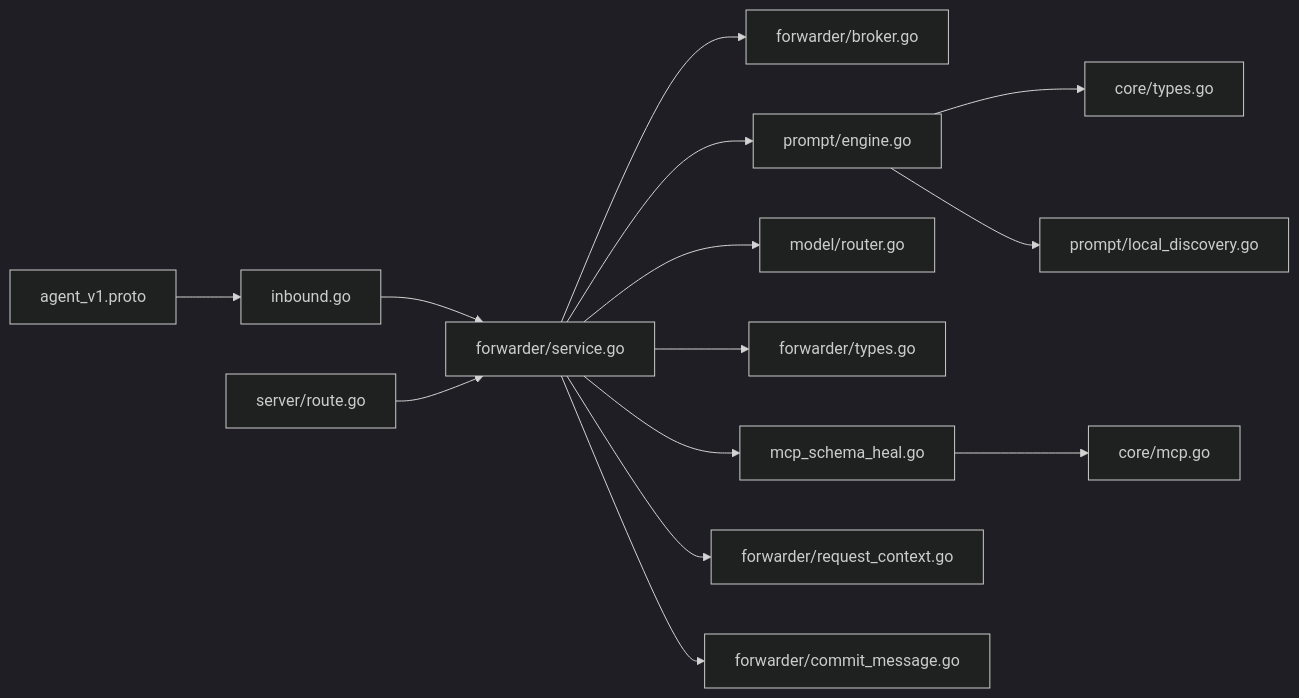
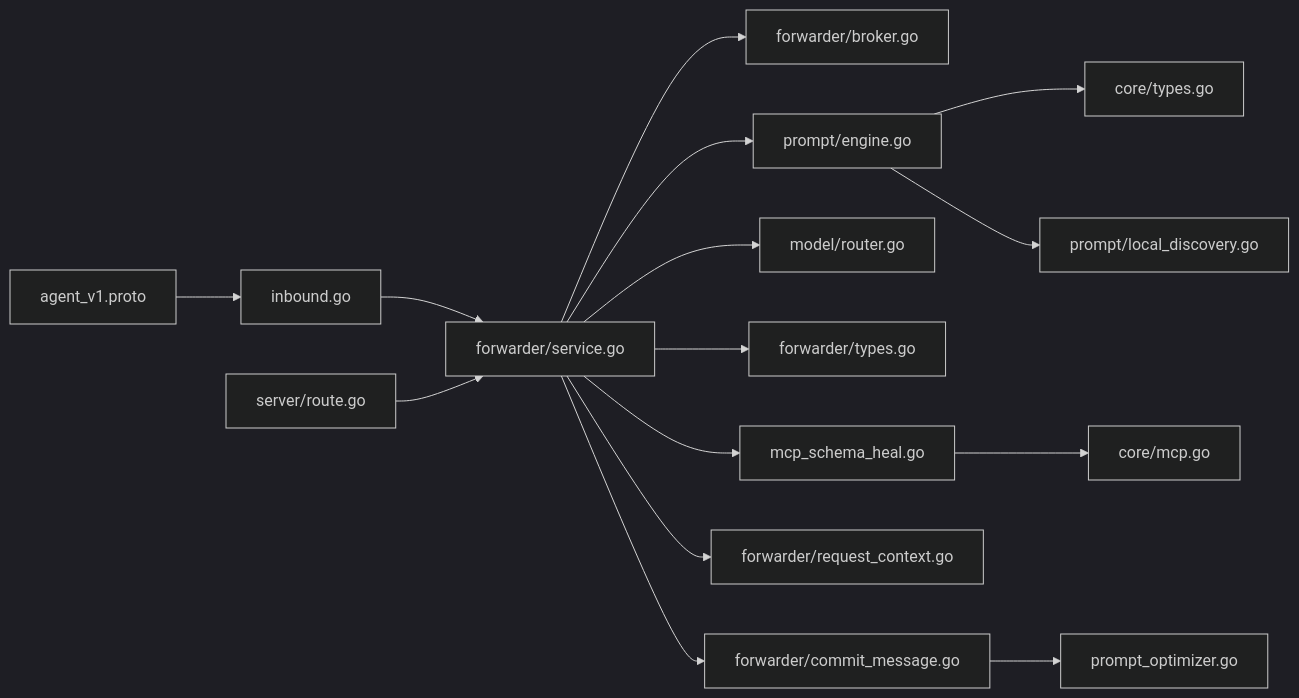
Before and after one commit to philau2512/cursor-byok-go-v2: diagram 13 of 13 in .qoder/repowiki/en/content/Agent Protocol Support/Agent Protocol Support.md, drawn with Mermaid (dark theme). The commit also changed other lines of this file and 49 other files, not shown here.

First line of the commit message:
feat(commit_message): enhance commit message generation with adaptive token budgeting and file change manifests

````diff
--- a/.qoder/repowiki/en/content/Agent Protocol Support/Agent Protocol Support.md
+++ b/.qoder/repowiki/en/content/Agent Protocol Support/Agent Protocol Support.md
@@ -634,16 +736,17 @@
 ```mermaid
 graph LR
 Proto["agent_v1.proto"] --> Inbound["inbound.go"]
 Inbound --> ForwarderService["forwarder/service.go"]
 ForwarderService --> Broker["forwarder/broker.go"]
 ForwarderService --> PromptEngine["prompt/engine.go"]
 ForwarderService --> ModelRouter["model/router.go"]
 PromptEngine --> CoreTypes["core/types.go"]
 ForwarderService --> ForwarderTypes["forwarder/types.go"]
 ServerRoute["server/route.go"] --> ForwarderService
 ForwarderService --> MCPSchemaHeal["mcp_schema_heal.go"]
 MCPSchemaHeal --> CoreMCP["core/mcp.go"]
 PromptEngine --> LocalDiscovery["prompt/local_discovery.go"]
 ForwarderService --> RequestContext["forwarder/request_context.go"]
 ForwarderService --> CommitMessage["forwarder/commit_message.go"]
+CommitMessage --> PromptOptimizer["prompt_optimizer.go"]
 ```
````
